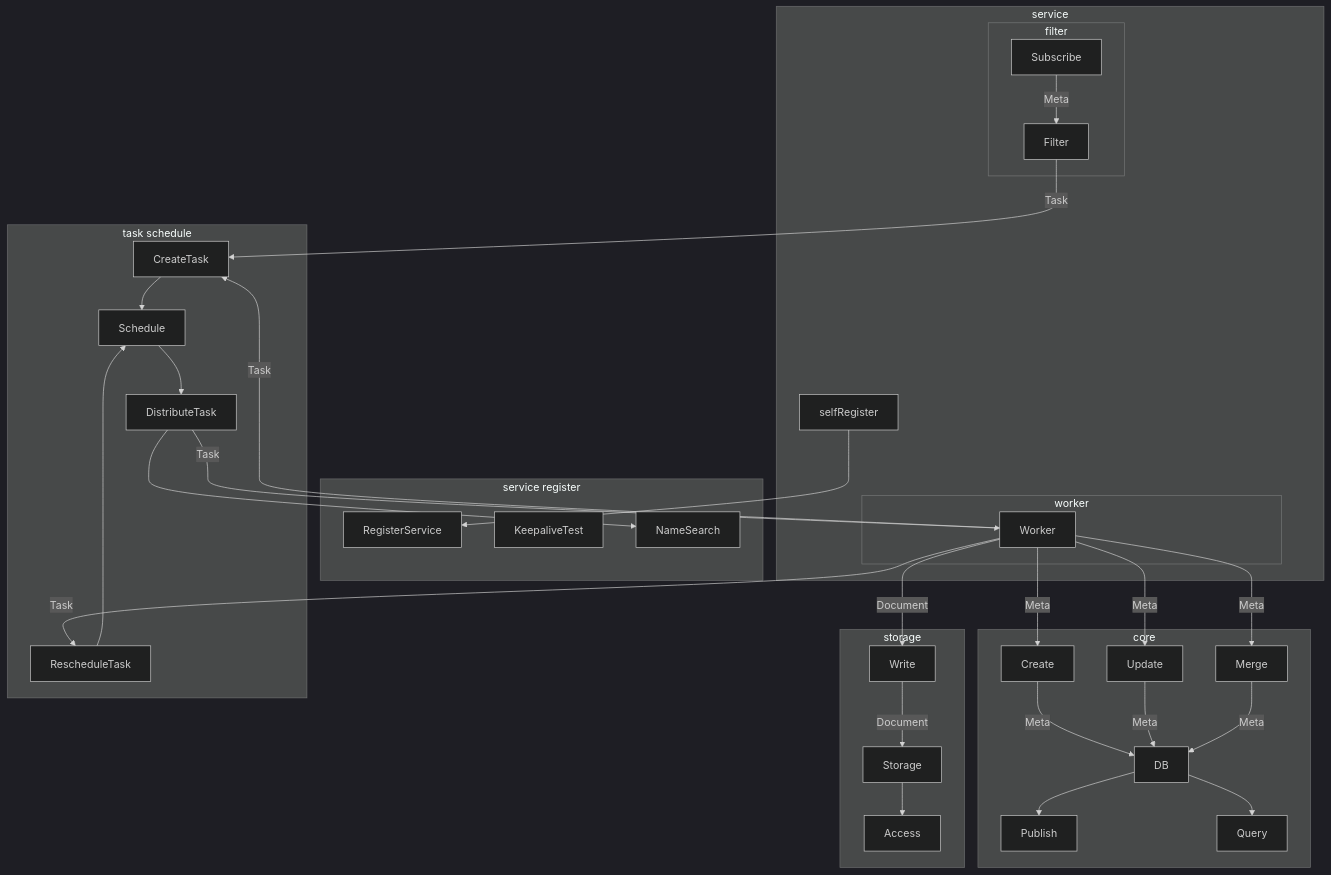
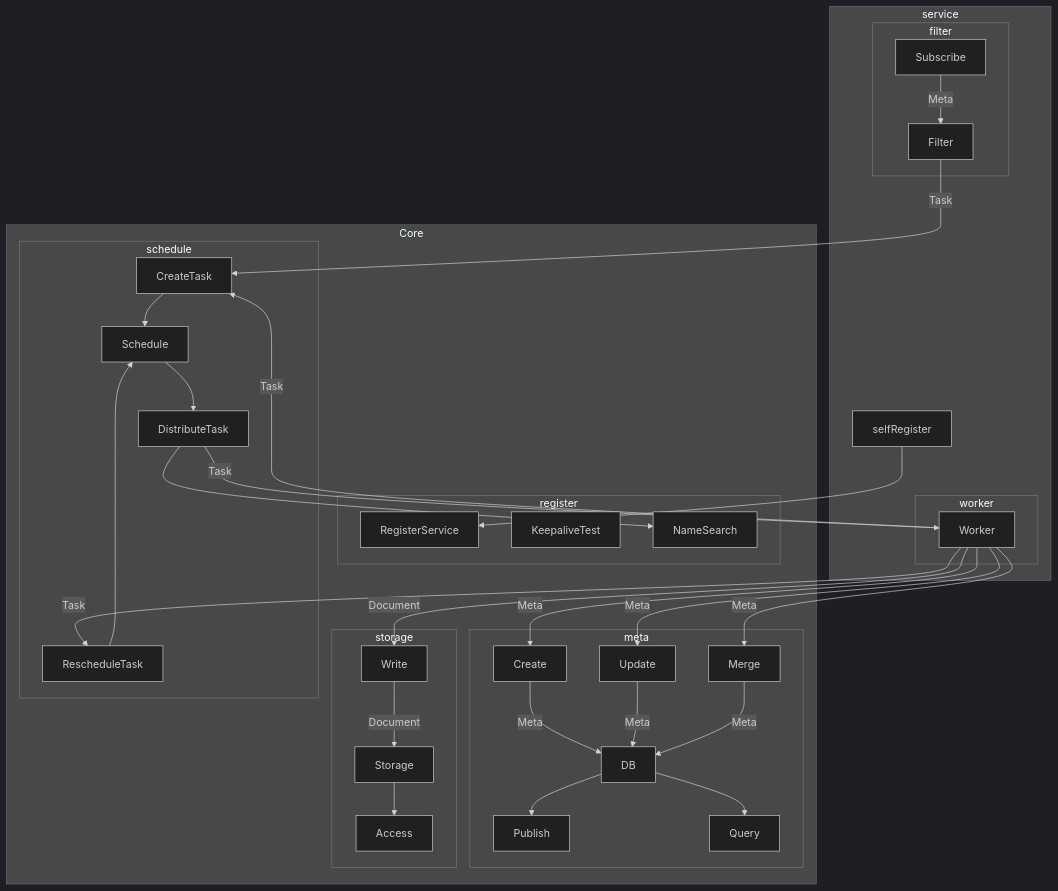
The diagram in docs/System Design.v2.md (ncwhale/squirrel-core), drawn with Mermaid (dark theme) before and after one commit. The commit also changed other lines of this file, not shown here.

Commit message:
Update edge in design.

````diff
--- a/docs/System Design.v2.md
+++ b/docs/System Design.v2.md
@@ -5,38 +5,39 @@
 ```mermaid
 graph TD
-  subgraph core
-    Create--Meta-->DB-->Publish
-    Update--Meta-->DB
-    Merge--Meta-->DB 
-    DB-->Query
-  end
-  subgraph storage
-    Write--Document-->Storage
-    Storage-->Access
-  end
-  subgraph service register
-    RegisterService
-    KeepaliveTest
-    NameSearch
-  end
-  subgraph task schedule
-    CreateTask-->Schedule-->DistributeTask-->NameSearch
-    RescheduleTask-->Schedule
+  subgraph Core
+    subgraph meta
+        Create--Meta-->DB-->Publish
+        Update--Meta-->DB
+        Merge--Meta-->DB 
+        DB-->Query
+    end
+    subgraph storage
+        Write--Document-->Storage
+        Storage-->Access
+    end
+    subgraph register
+        RegisterService
+        KeepaliveTest
+        NameSearch
+    end
+    subgraph schedule
+        CreateTask-->Schedule-->DistributeTask-->NameSearch
+        RescheduleTask-->Schedule
+    end
   end
   subgraph service
     selfRegister-->RegisterService
     subgraph filter
         Subscribe--Meta-->Filter--Task-->CreateTask
     end
     subgraph worker
         DistributeTask--Task-->Worker
         Worker--Meta-->Create
         Worker--Meta-->Update
         Worker--Meta-->Merge
         Worker--Task-->CreateTask
         Worker--Task-->RescheduleTask
         Worker--Document-->Write
     end
   end
-
 ```
````
